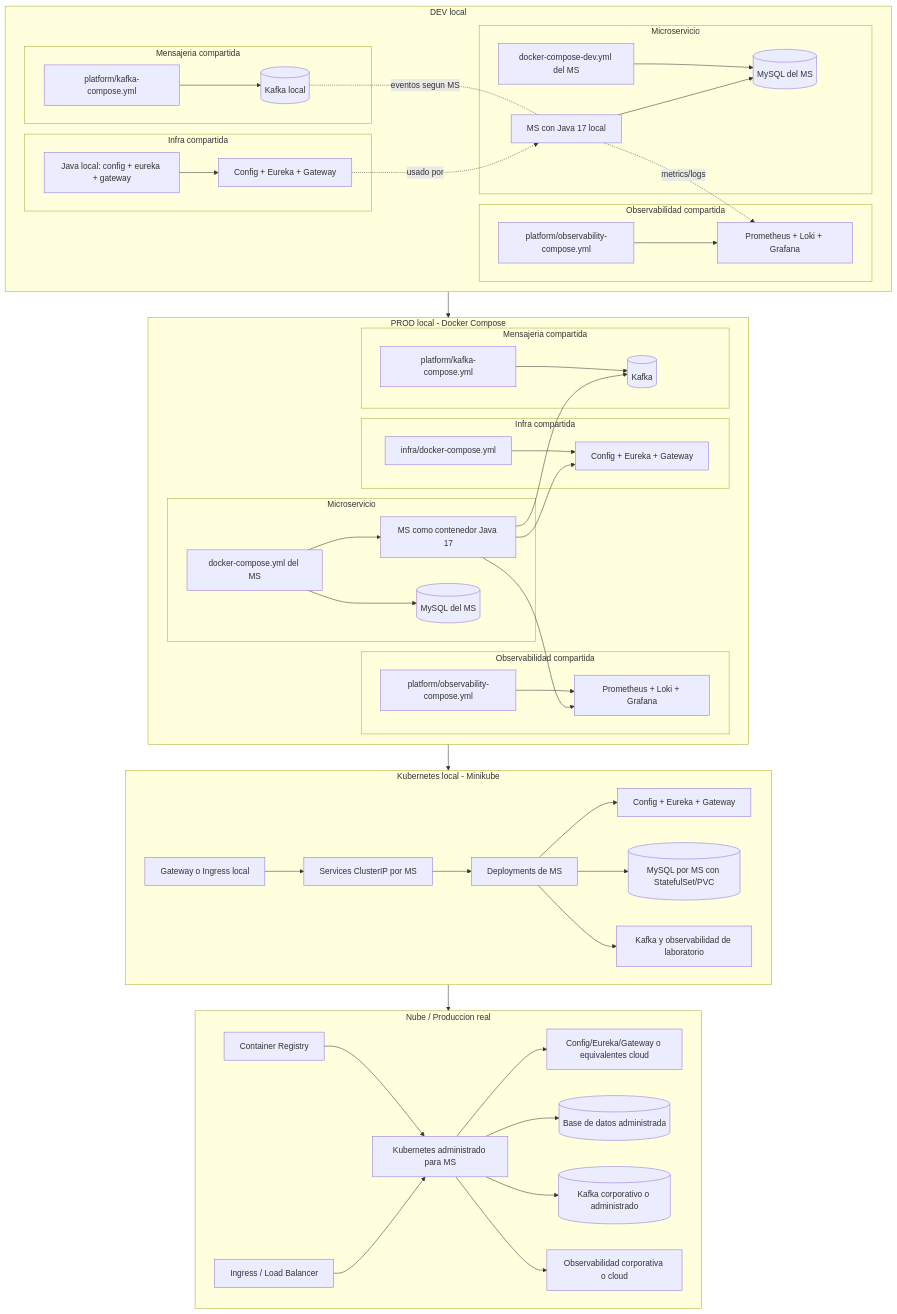
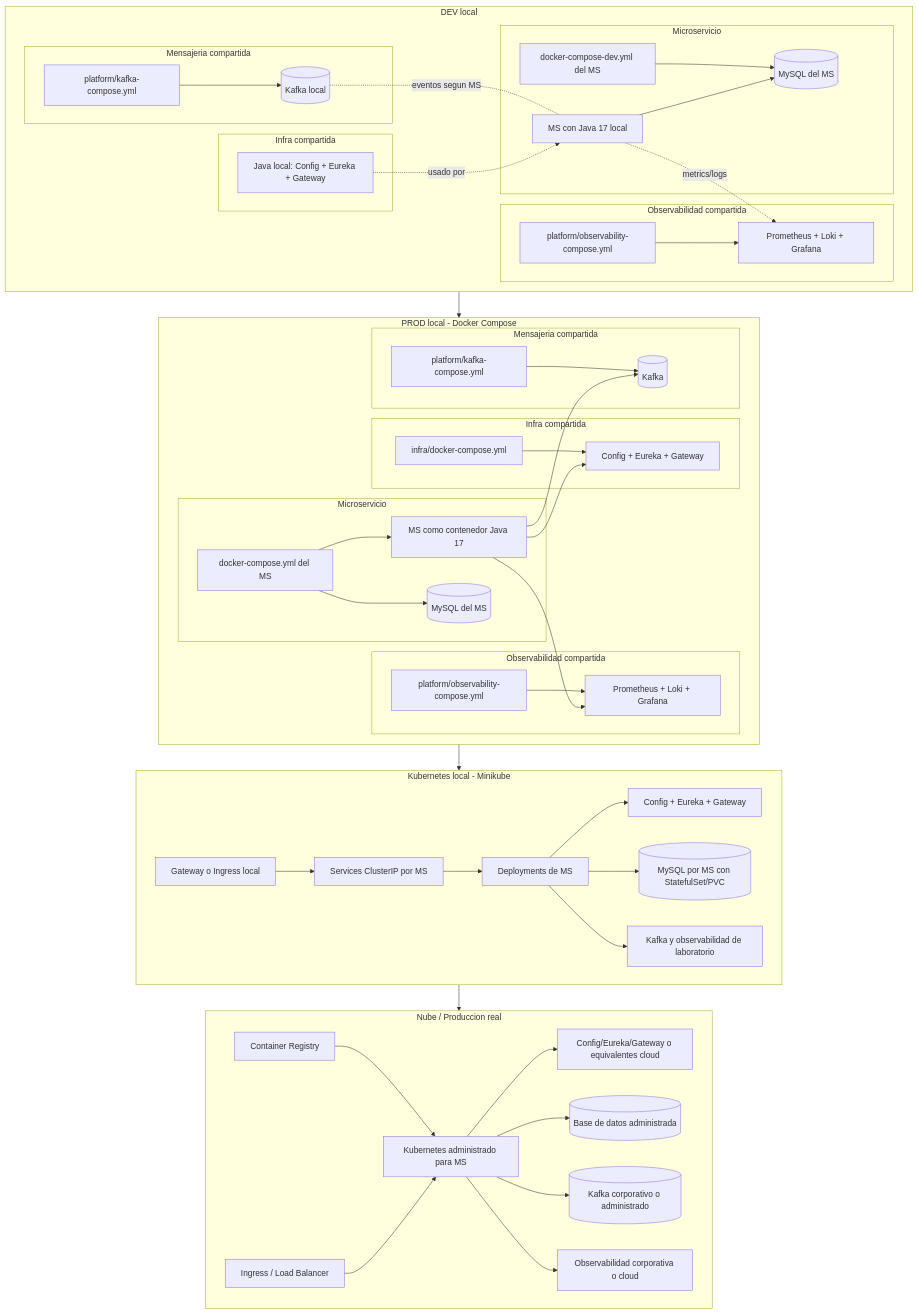
One commit to 262dist/pagatu changed the tenth of 10 diagrams in README.md. Above: the diagram before and after it, drawn with Mermaid.

```diff
--- a/README.md
+++ b/README.md
@@ -552,9 +552,7 @@
         end
 
         subgraph devInfraBox[Infra compartida]
-            devinfrarun[Java local: config + eureka + gateway]
-            devshared[Config + Eureka + Gateway]
-            devinfrarun --> devshared
+            devshared[Java local: Config + Eureka + Gateway]
         end
 
         subgraph devObsBox[Observabilidad compartida]
```
